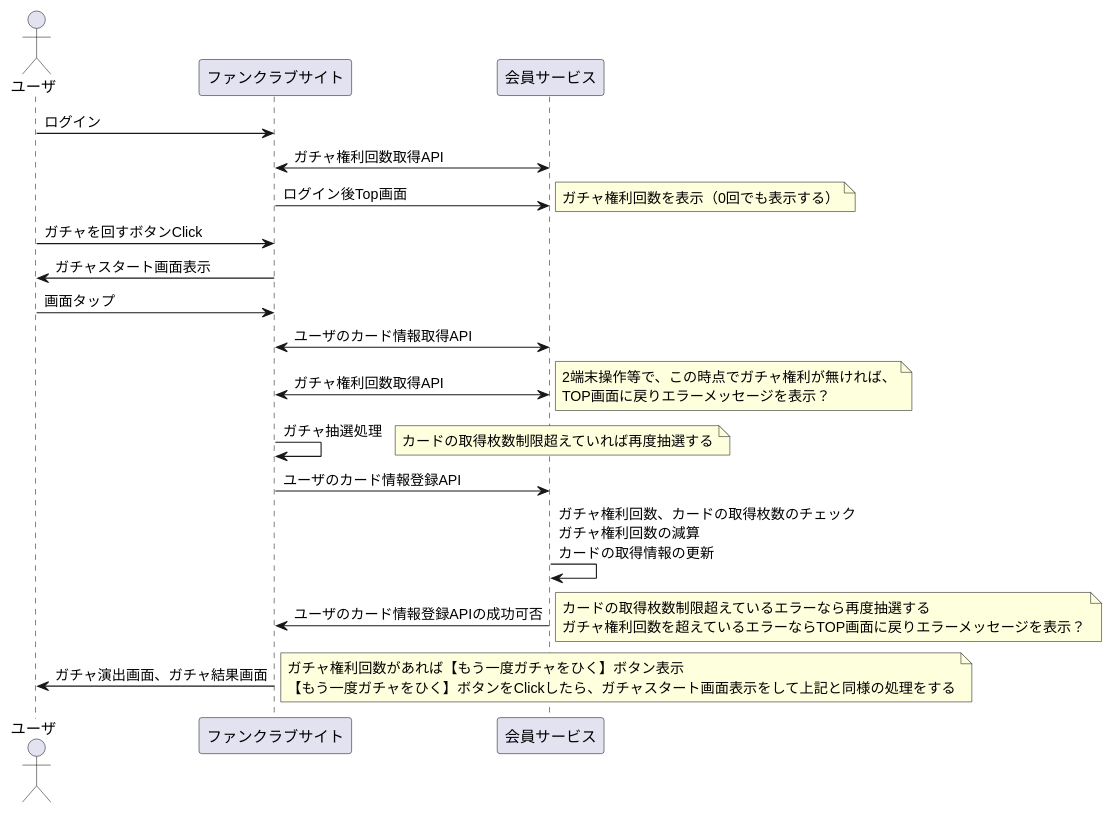
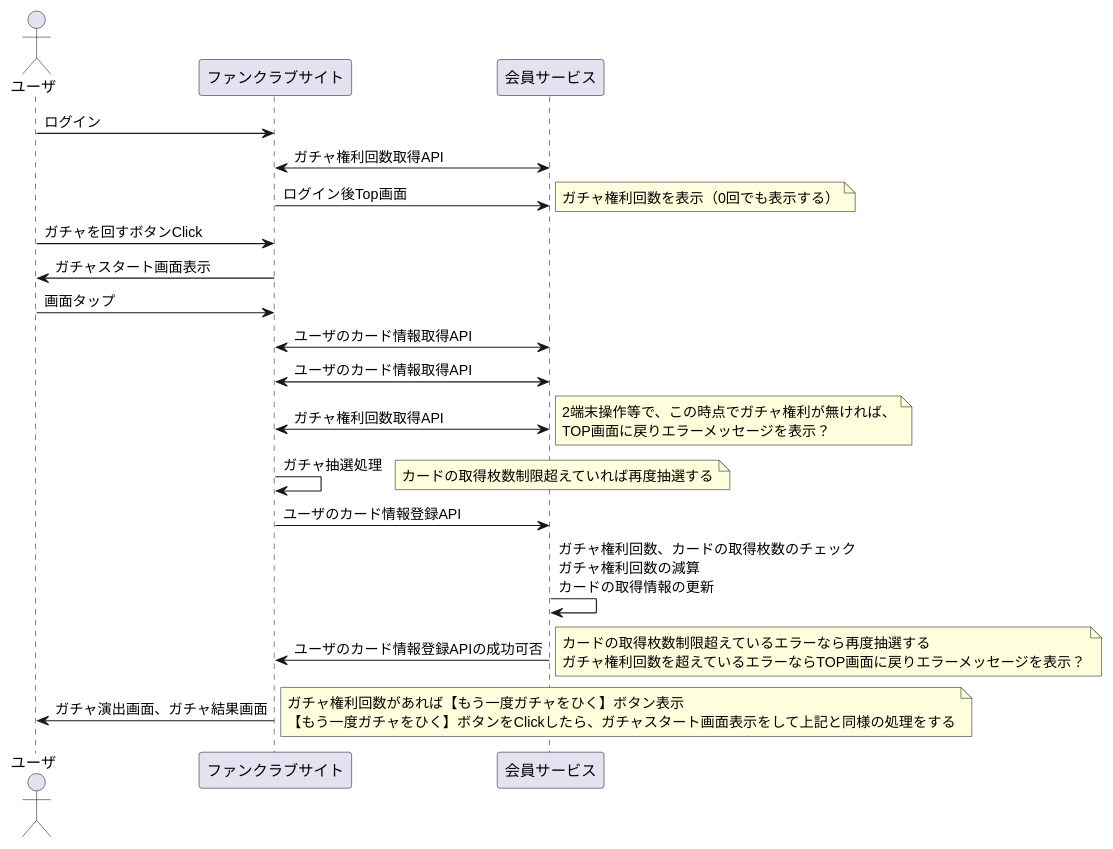
The third of 4 diagrams in PlantUML-LT.md (i-osawa/diagram-lt), drawn with PlantUML before and after one commit. The commit also changed other lines of this file, not shown here.

Commit message:
mermaid追加

````diff
--- a/PlantUML-LT.md
+++ b/PlantUML-LT.md
@@ -25,26 +33,27 @@
 ```plantuml
 @startuml
 actor ユーザ
 participant ファンクラブサイト as fan
 participant 会員サービス as kai
 
 ユーザ->fan: ログイン
 fan<->kai: ガチャ権利回数取得API
 kai<-fan: ログイン後Top画面
 note right: ガチャ権利回数を表示（0回でも表示する） 
 ユーザ->fan: ガチャを回すボタンClick
 ユーザ<-fan: ガチャスタート画面表示
 ユーザ->fan: 画面タップ
 fan<->kai: ユーザのカード情報取得API
+fan<->kai: ユーザのカード情報取得API
 fan<->kai: ガチャ権利回数取得API
 note right: 2端末操作等で、この時点でガチャ権利が無ければ、\nTOP画面に戻りエラーメッセージを表示？
 fan->fan: ガチャ抽選処理
 note right: カードの取得枚数制限超えていれば再度抽選する
 fan->kai: ユーザのカード情報登録API
 kai->kai: ガチャ権利回数、カードの取得枚数のチェック\nガチャ権利回数の減算\nカードの取得情報の更新
 fan<-kai: ユーザのカード情報登録APIの成功可否
 note right: カードの取得枚数制限超えているエラーなら再度抽選する\nガチャ権利回数を超えているエラーならTOP画面に戻りエラーメッセージを表示？
 ユーザ<-fan: ガチャ演出画面、ガチャ結果画面
 note right: ガチャ権利回数があれば【もう一度ガチャをひく】ボタン表示\n【もう一度ガチャをひく】ボタンをClickしたら、ガチャスタート画面表示をして上記と同様の処理をする
 @enduml
 ```
````
